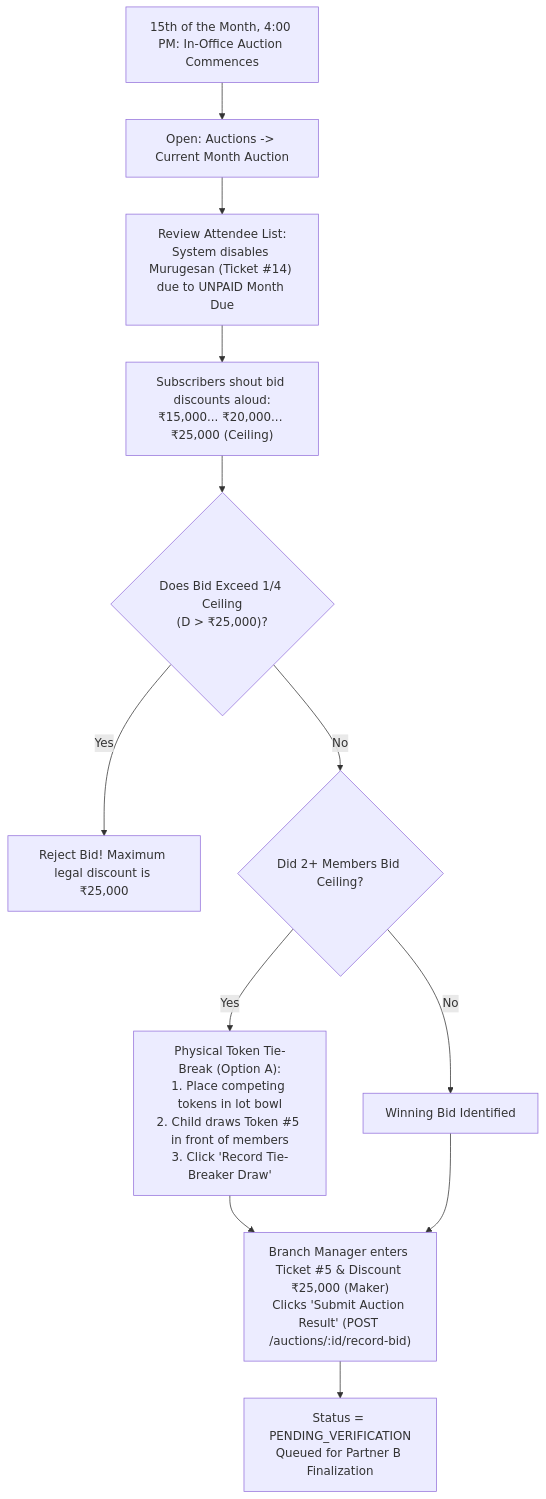
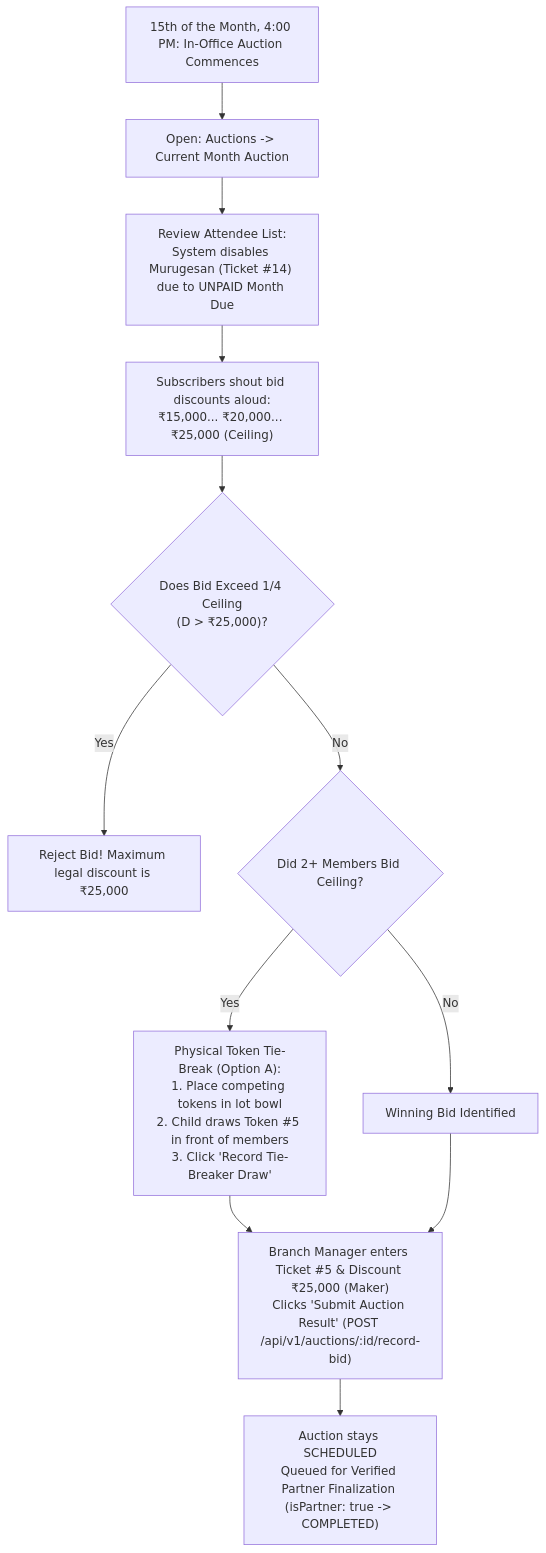
One commit to Kathir-24/Kumaran-finance changed the fifth of 10 diagrams in docs/07-operations/user-manuals/branch-manager-manual.md. Above: the diagram before and after it, drawn with Mermaid. The commit also changed other lines of this file and 4 other files, not shown here.

````diff
--- a/docs/07-operations/user-manuals/branch-manager-manual.md
+++ b/docs/07-operations/user-manuals/branch-manager-manual.md
@@ -125,14 +125,14 @@
 ```mermaid
 flowchart TD
     AuctionTime["15th of the Month, 4:00 PM: In-Office Auction Commences"] --> OpenScreen["Open: Auctions -> Current Month Auction"]
     OpenScreen --> EligibilityCheck["Review Attendee List:\nSystem disables Murugesan (Ticket #14) due to UNPAID Month Due"]
     EligibilityCheck --> Shouting["Subscribers shout bid discounts aloud:\n₹15,000... ₹20,000... ₹25,000 (Ceiling)"]
     Shouting --> CeilingCheck{"Does Bid Exceed 1/4 Ceiling\n(D > ₹25,000)?"}
     CeilingCheck -- Yes --> Reject["Reject Bid! Maximum legal discount is ₹25,000"]
     CeilingCheck -- No --> TieCheck{"Did 2+ Members Bid Ceiling?"}
     TieCheck -- Yes --> Draw["Physical Token Tie-Break (Option A):\n1. Place competing tokens in lot bowl\n2. Child draws Token #5 in front of members\n3. Click 'Record Tie-Breaker Draw'"]
     TieCheck -- No --> Single["Winning Bid Identified"]
-    Draw --> EnterResult["Branch Manager enters Ticket #5 & Discount ₹25,000 (Maker)\nClicks 'Submit Auction Result' (POST /auctions/:id/record-bid)"]
+    Draw --> EnterResult["Branch Manager enters Ticket #5 & Discount ₹25,000 (Maker)\nClicks 'Submit Auction Result' (POST /api/v1/auctions/:id/record-bid)"]
     Single --> EnterResult
-    EnterResult --> AwaitingChecker["Status = PENDING_VERIFICATION\nQueued for Partner B Finalization"]
+    EnterResult --> AwaitingChecker["Auction stays SCHEDULED\nQueued for Verified Partner Finalization (isPartner: true -> COMPLETED)"]
 ```
````
